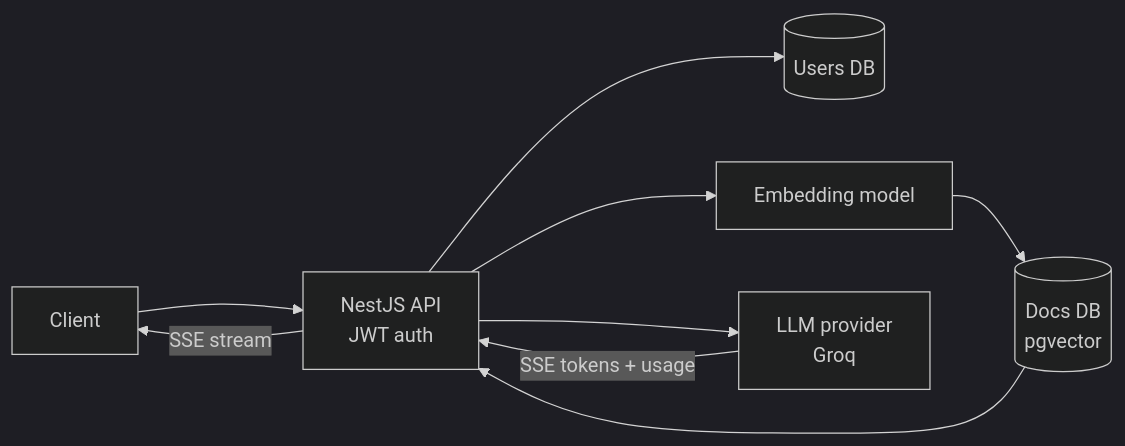
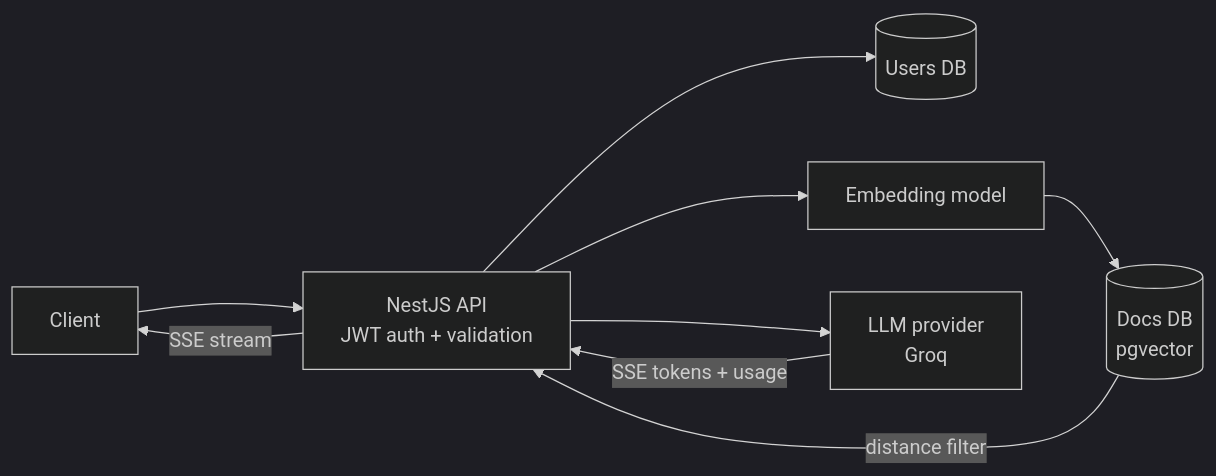
One commit to sajibsarker-1104003/sajibsarker-1104003 changed the diagram in README.md. Above: the diagram before and after it, drawn with Mermaid (dark theme). The commit also changed other lines of this file, not shown here.

````diff
--- a/README.md
+++ b/README.md
@@ -27,11 +28,11 @@
 ```mermaid
 flowchart LR
-    C[Client] --> API[NestJS API<br/>JWT auth]
+    C[Client] --> API[NestJS API<br/>JWT auth + validation]
     API --> U[(Users DB)]
     API --> E[Embedding model]
     E --> V[(Docs DB<br/>pgvector)]
-    V --> API
+    V -->|distance filter| API
     API --> L[LLM provider<br/>Groq]
     L -->|SSE tokens + usage| API
     API -->|SSE stream| C
 ```
````
